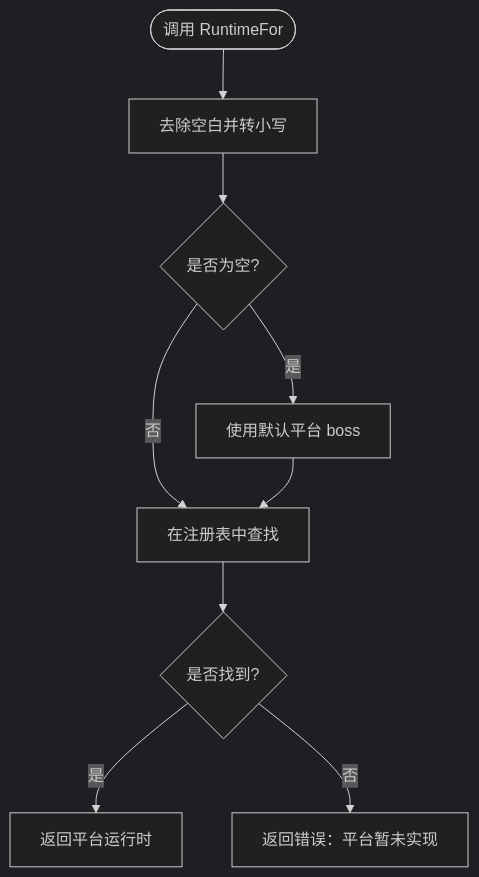
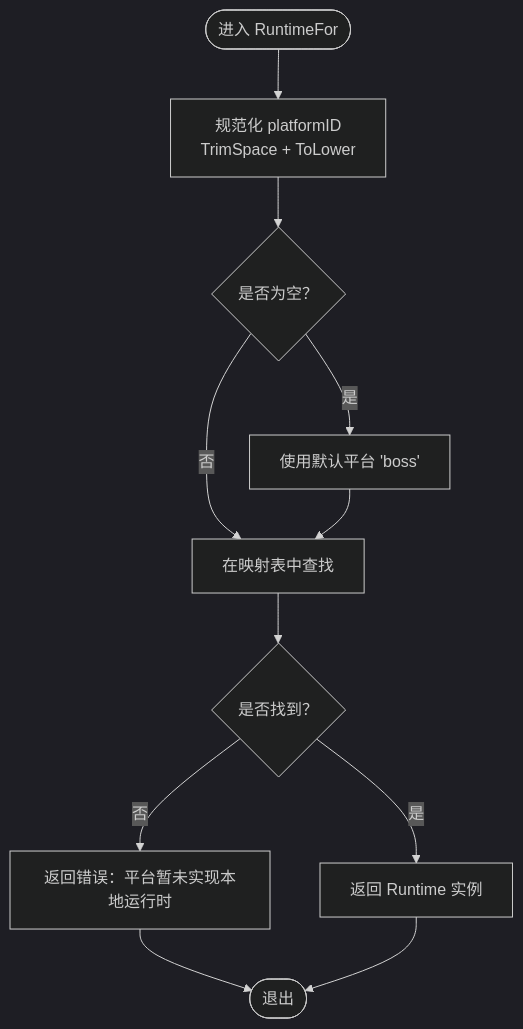
One commit to alvinwangzi/goodhr changed the third of 7 diagrams in .qoder/repowiki/zh/content/系统架构/本地Agent架构/平台适配器系统/平台注册中心.md. Above: the diagram before and after it, drawn with Mermaid (dark theme). The commit also changed other lines of this file and 149 other files, not shown here.

````diff
--- a/.qoder/repowiki/zh/content/系统架构/本地Agent架构/平台适配器系统/平台注册中心.md
+++ b/.qoder/repowiki/zh/content/系统架构/本地Agent架构/平台适配器系统/平台注册中心.md
@@ -170,11 +127,13 @@
 ```mermaid
 flowchart TD
-Start(["调用 RuntimeFor"]) --> Normalize["去除空白并转小写"]
-Normalize --> CheckEmpty{"是否为空?"}
-CheckEmpty --> |是| UseDefault["使用默认平台 boss"]
-CheckEmpty --> |否| Lookup["在注册表中查找"]
+Start(["进入 RuntimeFor"]) --> Normalize["规范化 platformID<br/>TrimSpace + ToLower"]
+Normalize --> CheckEmpty{"是否为空？"}
+CheckEmpty --> |是| UseDefault["使用默认平台 'boss'"]
+CheckEmpty --> |否| Lookup["在映射表中查找"]
 UseDefault --> Lookup
-Lookup --> Found{"是否找到?"}
-Found --> |是| ReturnRT["返回平台运行时"]
-Found --> |否| ReturnErr["返回错误：平台暂未实现"]
+Lookup --> Found{"是否找到？"}
+Found --> |否| ReturnErr["返回错误：平台暂未实现本地运行时"]
+Found --> |是| ReturnRT["返回 Runtime 实例"]
+ReturnErr --> End(["退出"])
+ReturnRT --> End
 ```
````
